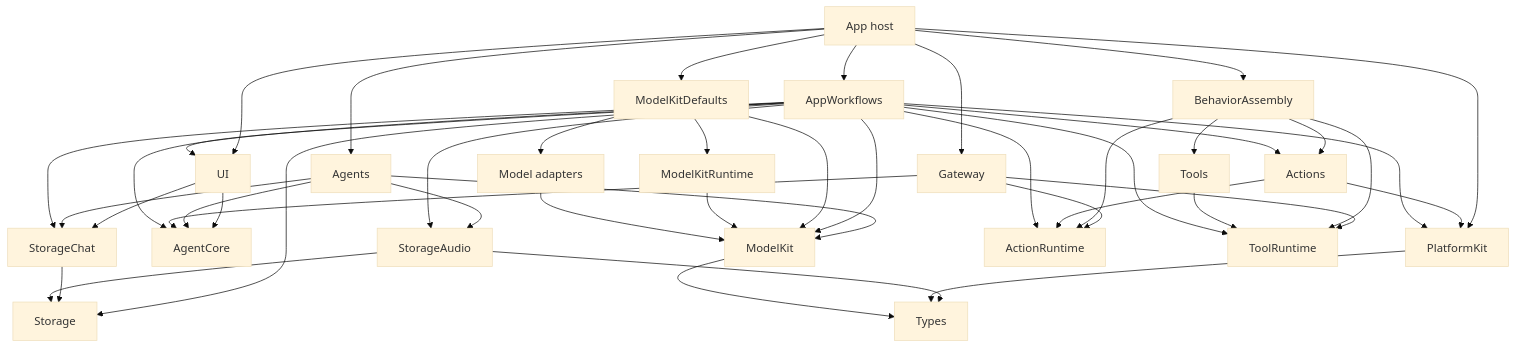
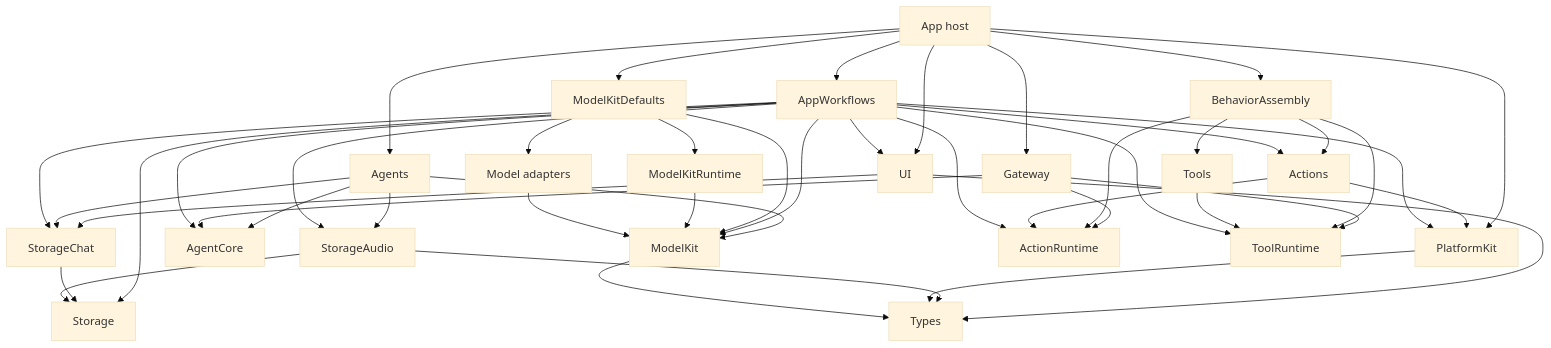
Before and after one commit to devilyouwei/MobileHarness: the third of 15 diagrams in MobileHarness/README.md, drawn with Mermaid (base theme). The commit also changed other lines of this file and 42 other files, not shown here.

````diff
--- a/MobileHarness/README.md
+++ b/MobileHarness/README.md
@@ -98,52 +98,52 @@
 ```mermaid
 flowchart TB
     App[App host] --> Agents
     App --> Gateway
     App --> Assembly[BehaviorAssembly]
     App --> Workflows[AppWorkflows]
     App --> Defaults[ModelKitDefaults]
     App --> UI
     App --> PlatformKit
 
-    UI --> AgentCore
+    UI --> Types
     UI --> StorageChat
 
     Agents --> AgentCore
     Agents --> ModelKit
     Agents --> StorageChat
     Agents --> StorageAudio
 
     Gateway --> AgentCore
     Gateway --> ActionRuntime
     Gateway --> ToolRuntime
 
     Assembly --> Actions
     Assembly --> Tools
     Assembly --> ActionRuntime
     Assembly --> ToolRuntime
     Actions --> ActionRuntime
     Actions --> PlatformKit
     Tools --> ToolRuntime
 
     Workflows --> UI
     Workflows --> Storage
     Workflows --> StorageChat
     Workflows --> StorageAudio
     Workflows --> ModelKit
     Workflows --> PlatformKit
     Workflows --> Actions
     Workflows --> AgentCore
     Workflows --> ActionRuntime
     Workflows --> ToolRuntime
 
     StorageChat --> Storage
     StorageAudio --> Storage
     StorageAudio --> Types
     PlatformKit --> Types
     ModelKit --> Types
     Defaults --> ModelKit
     Defaults --> ModelKitRuntime
     Defaults --> Adapters[Model adapters]
     ModelKitRuntime --> ModelKit
     Adapters --> ModelKit
 ```
````
